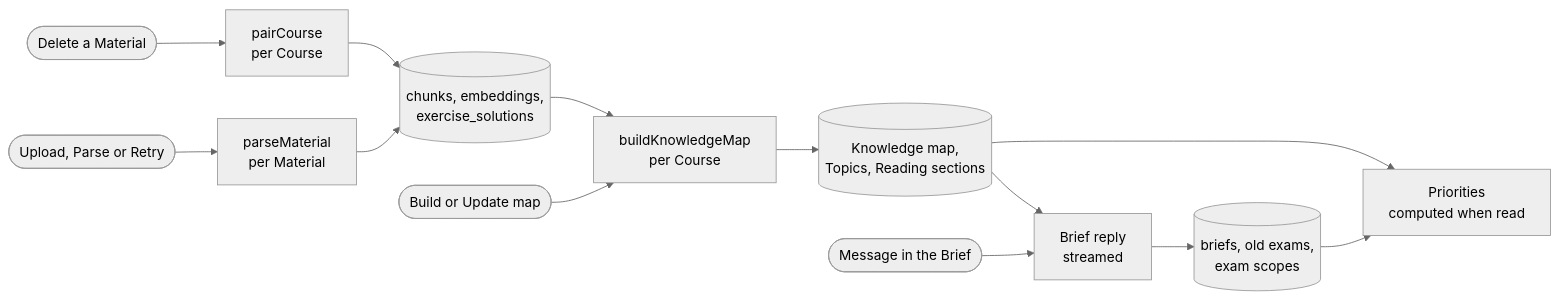
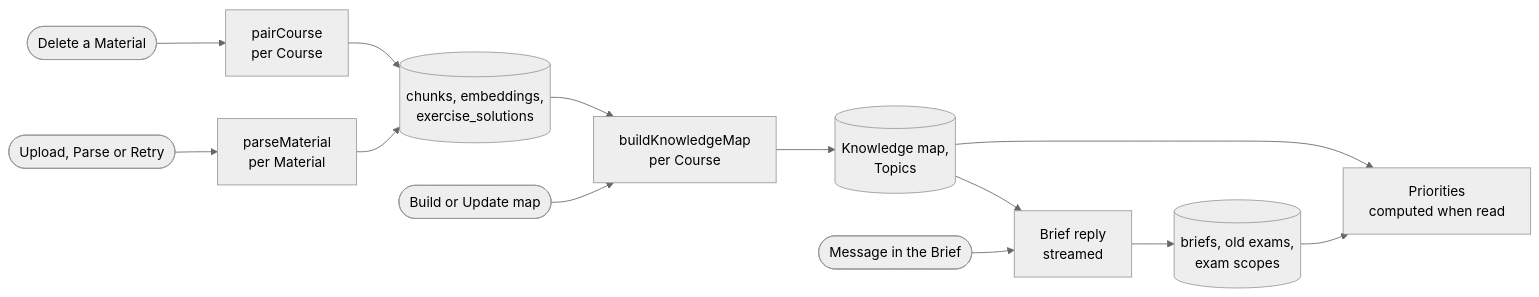
Before and after one commit to 69420pm/project-mastery: the diagram in docs/features/knowledge-map-pipeline.md, drawn with Mermaid (neutral theme). The commit also changed other lines of this file and 37 other files, not shown here.

First line of the commit message:
feat!: cut Reading sections when read and remove reading modes

````diff
--- a/docs/features/knowledge-map-pipeline.md
+++ b/docs/features/knowledge-map-pipeline.md
@@ -7,15 +7,15 @@
 ```mermaid
 flowchart LR
   upload([Upload, Parse or Retry]) --> parse[parseMaterial<br/>per Material]
   delete([Delete a Material]) --> pair[pairCourse<br/>per Course]
   parse --> chunks[(chunks, embeddings,<br/>exercise_solutions)]
   pair --> chunks
   press([Build or Update map]) --> build[buildKnowledgeMap<br/>per Course]
   chunks --> build
-  build --> map[(Knowledge map,<br/>Topics, Reading sections)]
+  build --> map[(Knowledge map,<br/>Topics)]
   brief([Message in the Brief]) --> reply[Brief reply<br/>streamed]
   reply --> briefRows[(briefs, old exams,<br/>exam scopes)]
   map --> reply
   map --> prio[Priorities<br/>computed when read]
   briefRows --> prio
 ```
````
